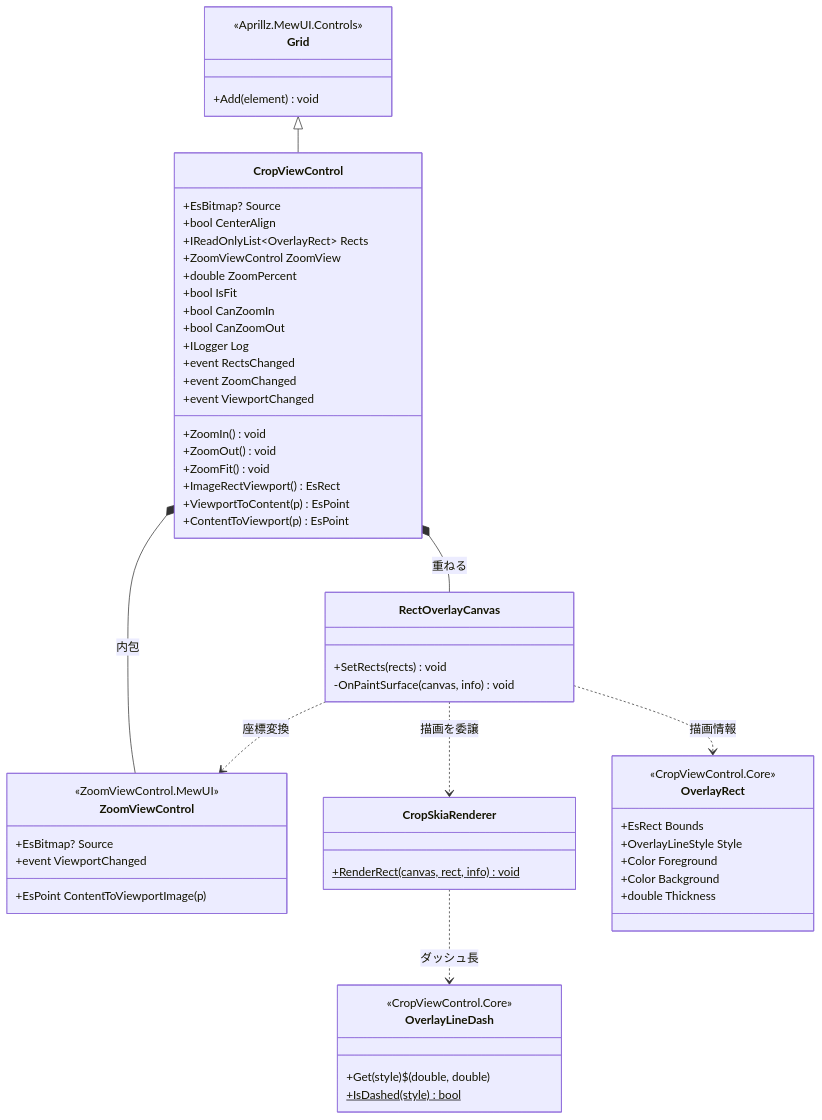
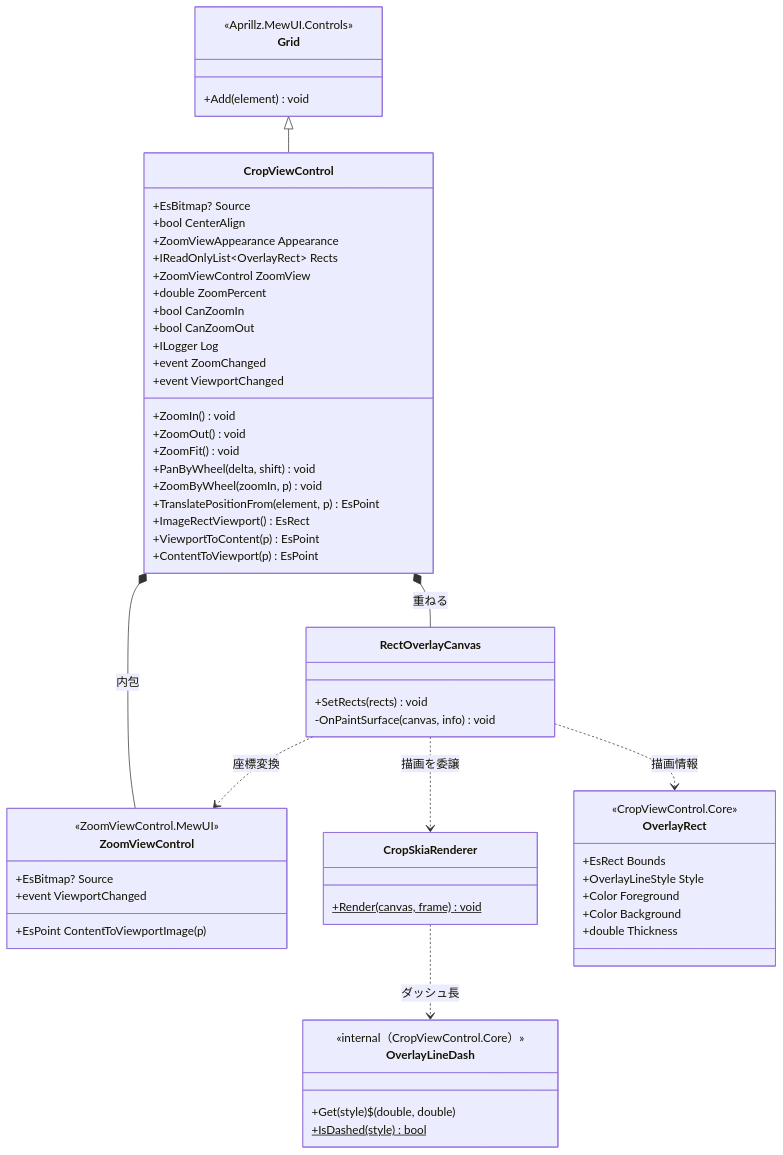
One commit to tomokuni/SaveEvidence changed the first of 2 diagrams in src/CropViewControl.MewUI/SPEC_System.md. Above: the diagram before and after it, drawn with Mermaid. The commit also changed other lines of this file and 226 other files, not shown here.

````diff
--- a/src/CropViewControl.MewUI/SPEC_System.md
+++ b/src/CropViewControl.MewUI/SPEC_System.md
@@ -79,61 +79,63 @@
 ```mermaid
 classDiagram
     class Grid {
         <<Aprillz.MewUI.Controls>>
         +Add(element) void
     }
     class CropViewControl {
         +EsBitmap? Source
         +bool CenterAlign
+        +ZoomViewAppearance Appearance
         +IReadOnlyList~OverlayRect~ Rects
         +ZoomViewControl ZoomView
         +double ZoomPercent
-        +bool IsFit
         +bool CanZoomIn
         +bool CanZoomOut
         +ILogger Log
         +ZoomIn() void
         +ZoomOut() void
         +ZoomFit() void
+        +PanByWheel(delta, shift) void
+        +ZoomByWheel(zoomIn, p) void
+        +TranslatePositionFrom(element, p) EsPoint
         +ImageRectViewport() EsRect
         +ViewportToContent(p) EsPoint
         +ContentToViewport(p) EsPoint
-        +event RectsChanged
         +event ZoomChanged
         +event ViewportChanged
     }
     class RectOverlayCanvas {
         +SetRects(rects) void
         -OnPaintSurface(canvas, info) void
     }
     class CropSkiaRenderer {
-        +RenderRect(canvas, rect, info)$ void
+        +Render(canvas, frame)$ void
     }
     class ZoomViewControl {
         <<ZoomViewControl.MewUI>>
         +EsBitmap? Source
         +EsPoint ContentToViewportImage(p)
         +event ViewportChanged
     }
     class OverlayRect {
         <<CropViewControl.Core>>
         +EsRect Bounds
         +OverlayLineStyle Style
         +Color Foreground
         +Color Background
         +double Thickness
     }
     class OverlayLineDash {
-        <<CropViewControl.Core>>
+        <<internal（CropViewControl.Core）>>
         +Get(style)$ (double, double)
         +IsDashed(style)$ bool
     }
 
     Grid <|-- CropViewControl
     CropViewControl *-- ZoomViewControl : 内包
     CropViewControl *-- RectOverlayCanvas : 重ねる
     RectOverlayCanvas ..> ZoomViewControl : 座標変換
     RectOverlayCanvas ..> CropSkiaRenderer : 描画を委譲
     CropSkiaRenderer ..> OverlayLineDash : ダッシュ長
     RectOverlayCanvas ..> OverlayRect : 描画情報
 ```
````
